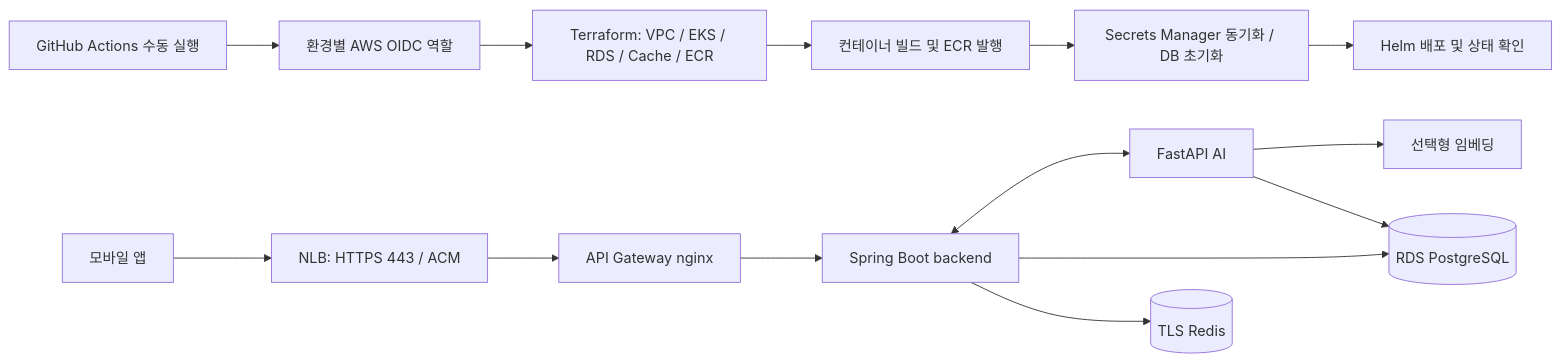
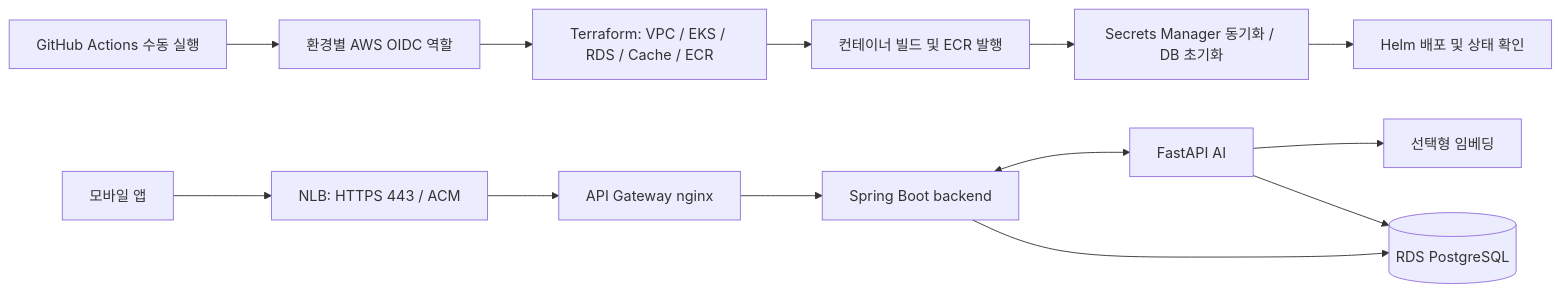
Before and after one commit to ASM-TripPilot/trippilot: the diagram in docs/guides/aws-eks-deployment.md, drawn with Mermaid. The commit also changed other lines of this file and 15 other files, not shown here.

First line of the commit message:
chore(infra): EKS audit 로그 끄기·미사용 ElastiCache Redis 제거 — 비용 절감 (TRIP-1784) (#1989)

````diff
--- a/docs/guides/aws-eks-deployment.md
+++ b/docs/guides/aws-eks-deployment.md
@@ -21,16 +21,15 @@
 ```mermaid
 flowchart LR
     Run[GitHub Actions 수동 실행] --> OIDC[환경별 AWS OIDC 역할]
     OIDC --> TF[Terraform: VPC / EKS / RDS / Cache / ECR]
     TF --> Images[컨테이너 빌드 및 ECR 발행]
     Images --> Init[Secrets Manager 동기화 / DB 초기화]
     Init --> Helm[Helm 배포 및 상태 확인]
     Client[모바일 앱] --> TLS[NLB: HTTPS 443 / ACM]
     TLS --> Gateway[API Gateway nginx]
     Gateway --> Backend[Spring Boot backend]
     Backend <--> AI[FastAPI AI]
     Backend --> DB[(RDS PostgreSQL)]
-    Backend --> Cache[(TLS Redis)]
     AI --> Embed[선택형 임베딩]
     AI --> DB
 ```
````
